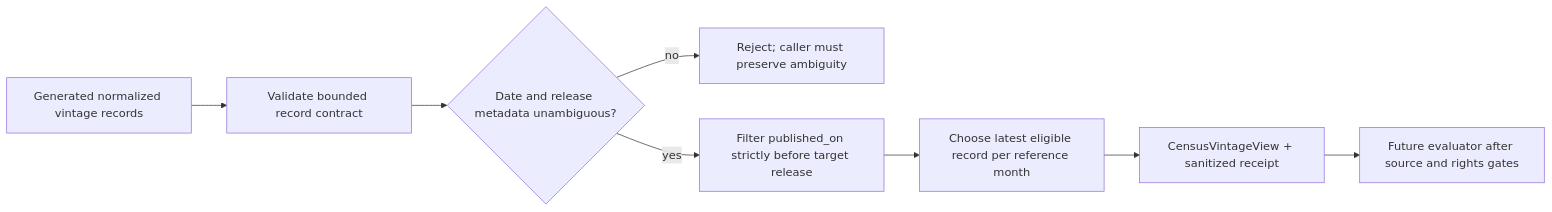
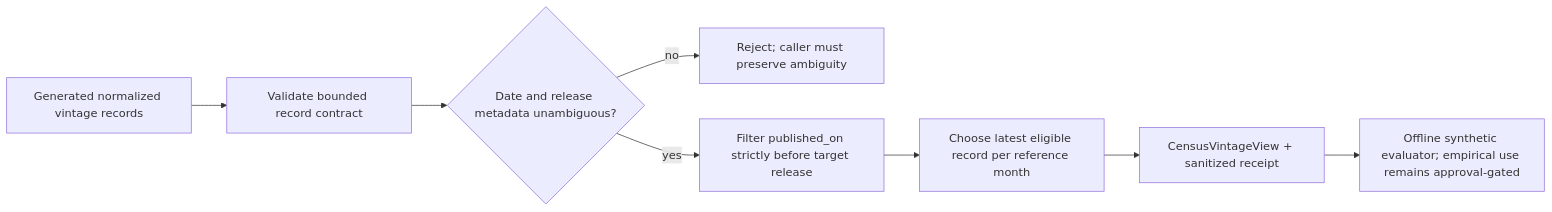
One commit to GustavoMFDS/MirrorMind changed the diagram in docs/engineering/CENSUS_VINTAGE_ADAPTER.md. Above: the diagram before and after it, drawn with Mermaid. The commit also changed other lines of this file and 22 other files, not shown here.

````diff
--- a/docs/engineering/CENSUS_VINTAGE_ADAPTER.md
+++ b/docs/engineering/CENSUS_VINTAGE_ADAPTER.md
@@ -20,10 +20,10 @@
 ```mermaid
 flowchart LR
   F[Generated normalized vintage records] --> V[Validate bounded record contract]
   V --> D{Date and release metadata unambiguous?}
   D -->|no| E[Reject; caller must preserve ambiguity]
   D -->|yes| C[Filter published_on strictly before target release]
   C --> G[Choose latest eligible record per reference month]
   G --> R[CensusVintageView + sanitized receipt]
-  R --> A[Future evaluator after source and rights gates]
+  R --> A[Offline synthetic evaluator; empirical use remains approval-gated]
 ```
````
